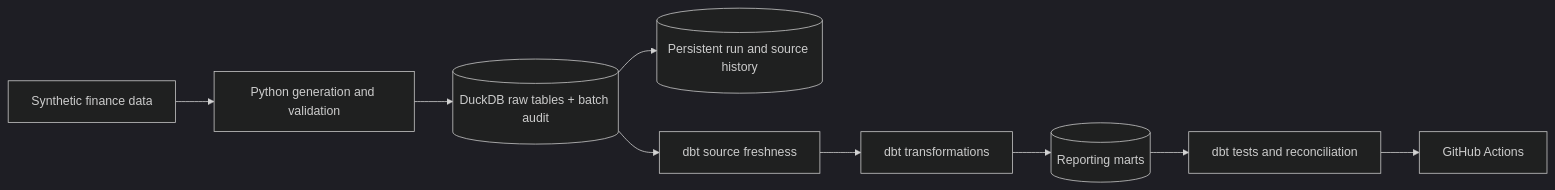
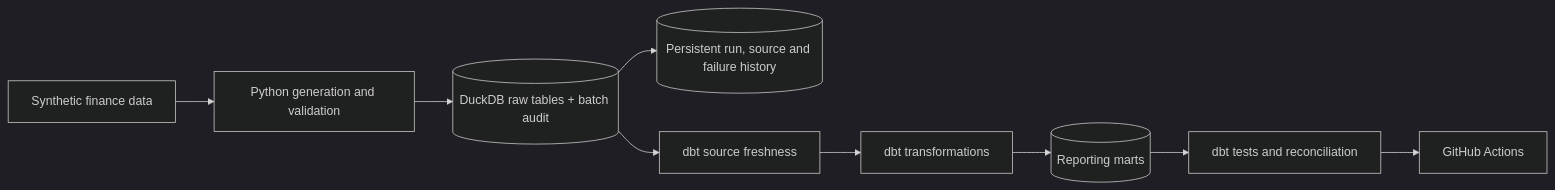
Before and after one commit to Wasim-Jussab/finance-analytics-engineering-portfolio: the diagram in README.md, drawn with Mermaid (dark theme). The commit also changed other lines of this file and 10 other files, not shown here.

````diff
--- a/README.md
+++ b/README.md
@@ -11,11 +11,11 @@
 ```mermaid
 flowchart LR
     A["Synthetic finance data"] --> B["Python generation and validation"]
     B --> C[("DuckDB raw tables + batch audit")]
-    C --> I[("Persistent run and source history")]
+    C --> I[("Persistent run, source and failure history")]
     C --> H["dbt source freshness"]
     H --> D["dbt transformations"]
     D --> E[("Reporting marts")]
     E --> F["dbt tests and reconciliation"]
     F --> G["GitHub Actions"]
 ```
````
